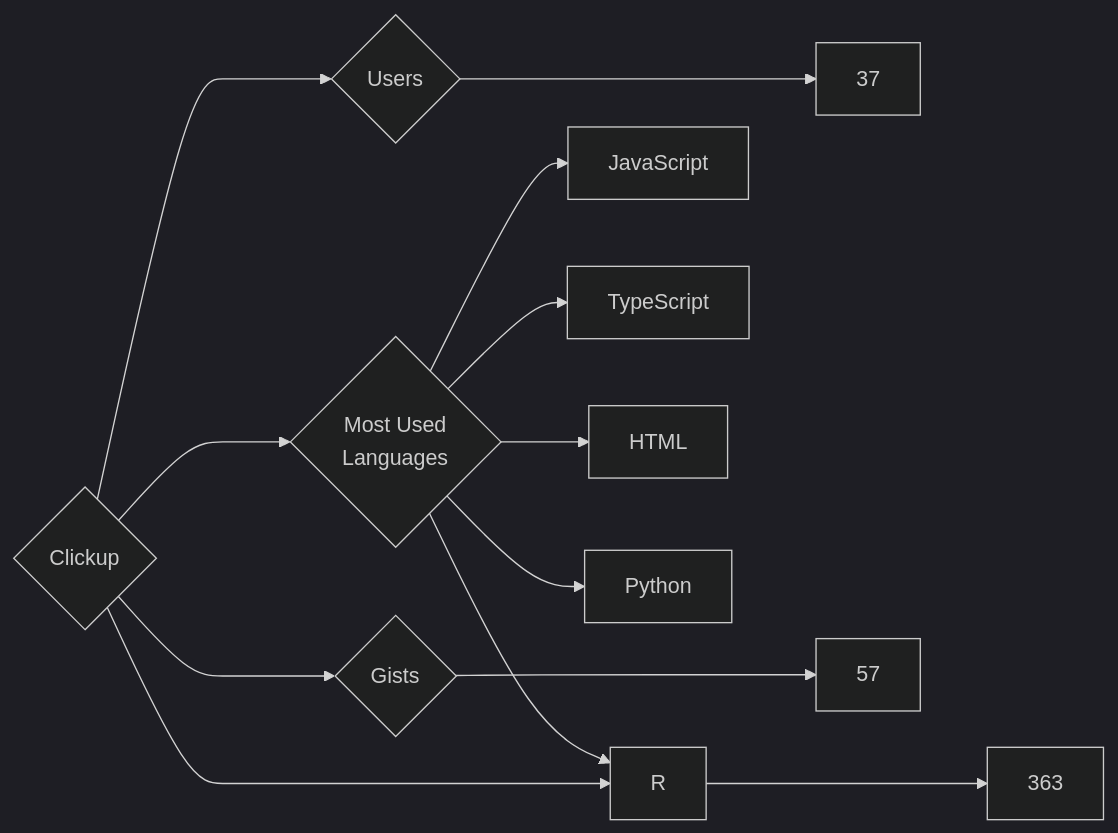
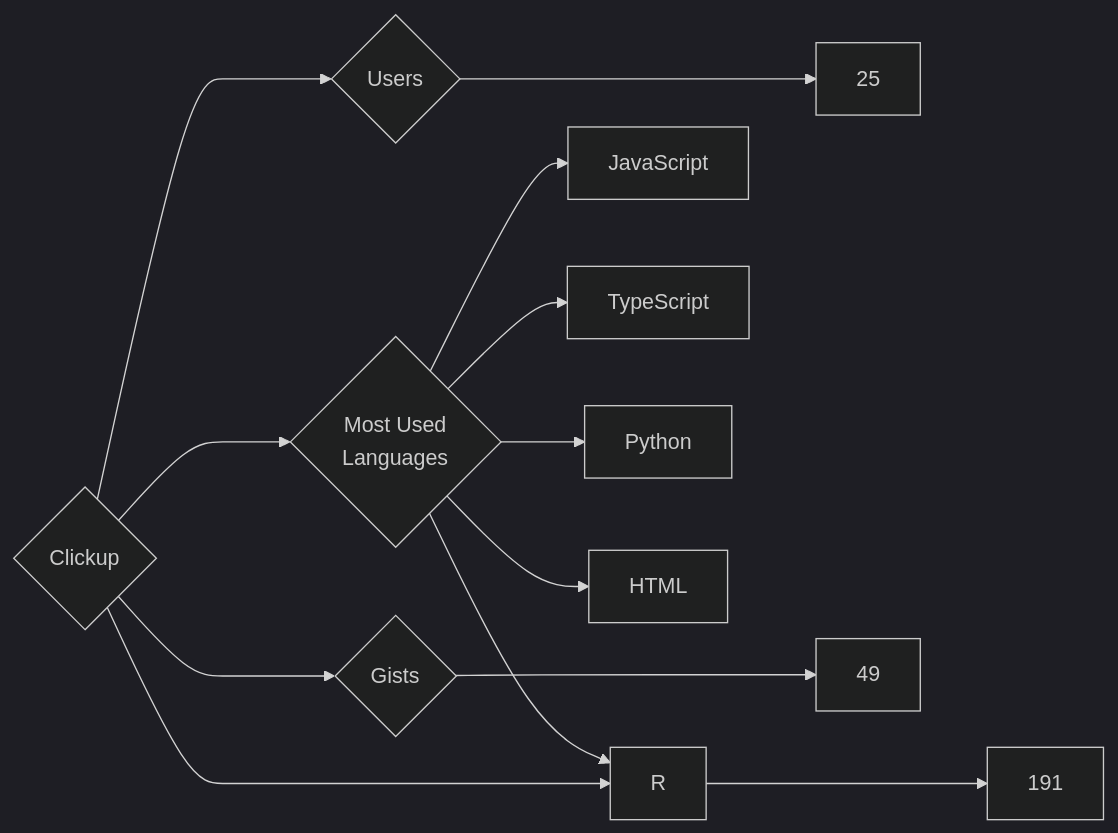
One commit to trickest/insiders changed the diagram in targets/Clickup/README.md. Above: the diagram before and after it, drawn with Mermaid (dark theme). The commit also changed 888 other files, not shown here.

````diff
--- a/targets/Clickup/README.md
+++ b/targets/Clickup/README.md
@@ -3,13 +3,13 @@
 ```mermaid
 graph LR
 COMPANY_NAME{Clickup}
-COMPANY_NAME ---> U{Users} ---> UN[37]
-COMPANY_NAME ---> R{Repositories} ---> RN[363]
-COMPANY_NAME ---> G{Gists} ---> GN[57]
+COMPANY_NAME ---> U{Users} ---> UN[25]
+COMPANY_NAME ---> R{Repositories} ---> RN[191]
+COMPANY_NAME ---> G{Gists} ---> GN[49]
 COMPANY_NAME ---> ML{Most Used<br>Languages}
 ML --> JavaScript[JavaScript]
 ML --> TypeScript[TypeScript]
+ML --> R[R]
+ML --> Python[Python]
 ML --> HTML[HTML]
-ML --> Python[Python]
-ML --> R[R]
 ```
````
